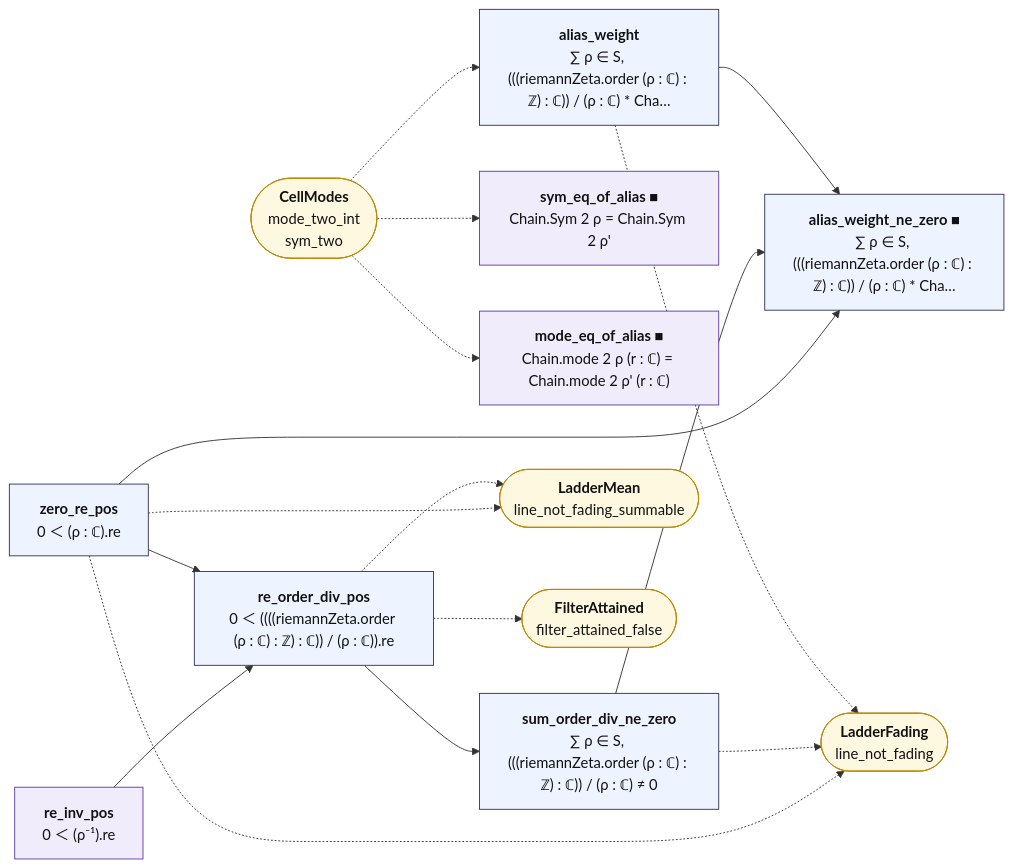
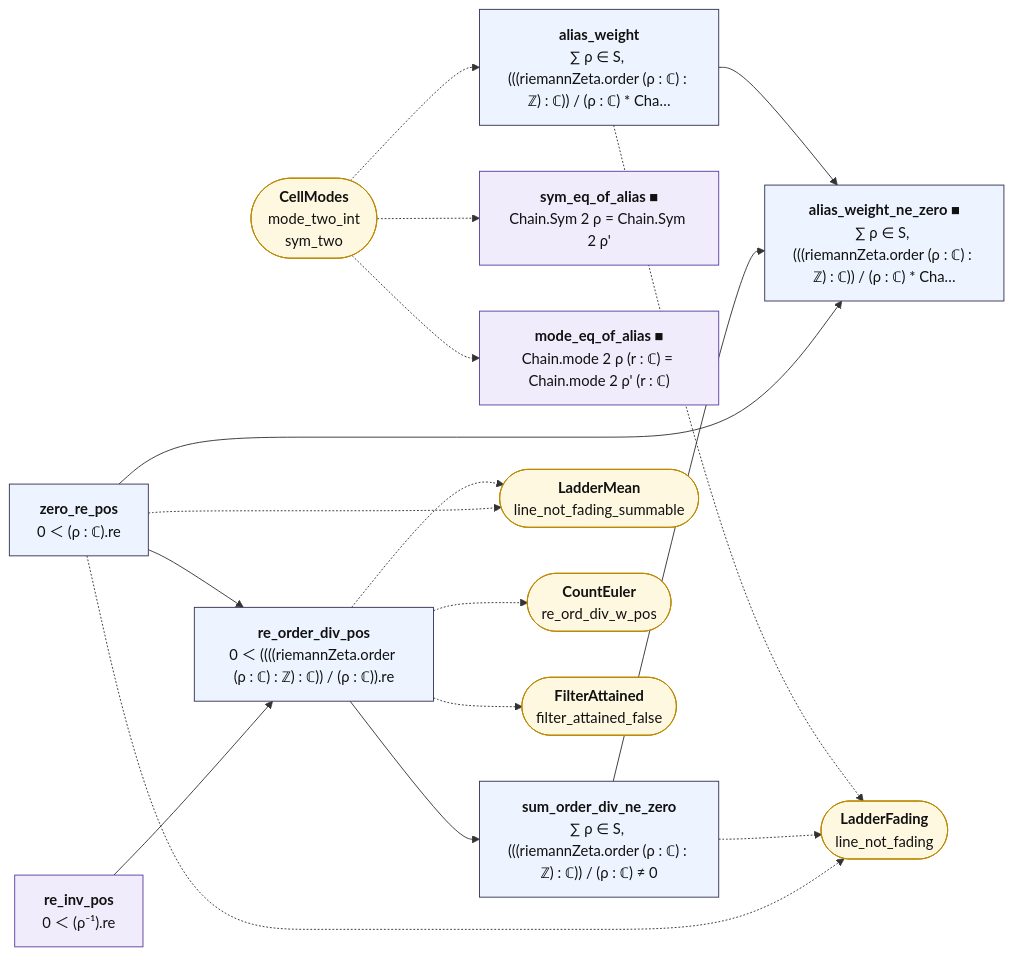
Before and after one commit to juliansambranojr/Primebeat_081426: the diagram in map/lean_stage3/AliasClass.mmd, drawn with Mermaid. The commit also changed 39 other files, not shown here.

First line of the commit message:
Block N3-E: on the count's ladder no mode lies strictly outside a disc holding the others (unit 0471)

```diff
--- a/map/lean_stage3/AliasClass.mmd
+++ b/map/lean_stage3/AliasClass.mmd
@@ -1,36 +1,38 @@
 flowchart LR
   n0["<b>re_inv_pos</b><br/>0 ＜ (ρ⁻¹).re"]:::shp
   n1["<b>zero_re_pos</b><br/>0 ＜ (ρ : ℂ).re"]:::thm
   n2["<b>re_order_div_pos</b><br/>0 ＜ ((((riemannZeta.order (ρ : ℂ) : ℤ) : ℂ)) / (ρ : ℂ)).re"]:::thm
   n3["<b>sum_order_div_ne_zero</b><br/>∑ ρ ∈ S, (((riemannZeta.order (ρ : ℂ) : ℤ) : ℂ)) / (ρ : ℂ) ≠ 0"]:::thm
   n4["<b>sym_eq_of_alias ■</b><br/>Chain.Sym 2 ρ = Chain.Sym 2 ρ'"]:::shp
   n5["<b>mode_eq_of_alias ■</b><br/>Chain.mode 2 ρ (r : ℂ) = Chain.mode 2 ρ' (r : ℂ)"]:::shp
   n6["<b>alias_weight</b><br/>∑ ρ ∈ S, (((riemannZeta.order (ρ : ℂ) : ℤ) : ℂ)) / (ρ : ℂ) * Cha…"]:::thm
   n7["<b>alias_weight_ne_zero ■</b><br/>∑ ρ ∈ S, (((riemannZeta.order (ρ : ℂ) : ℤ) : ℂ)) / (ρ : ℂ) * Cha…"]:::thm
   x0(["<b>LadderFading</b><br/>line_not_fading"]):::ext
   x1(["<b>LadderMean</b><br/>line_not_fading_summable"]):::ext
-  x2(["<b>FilterAttained</b><br/>filter_attained_false"]):::ext
-  x3(["<b>CellModes</b><br/>mode_two_int<br/>sym_two"]):::ext
+  x2(["<b>CountEuler</b><br/>re_ord_div_w_pos"]):::ext
+  x3(["<b>FilterAttained</b><br/>filter_attained_false"]):::ext
+  x4(["<b>CellModes</b><br/>mode_two_int<br/>sym_two"]):::ext
   n0 --> n2
   n1 --> n2
   n1 --> n7
   n2 --> n3
   n3 --> n7
   n6 --> n7
   n1 -.-> x0
   n1 -.-> x1
   n2 -.-> x1
   n2 -.-> x2
+  n2 -.-> x3
   n3 -.-> x0
   n6 -.-> x0
-  x3 -.-> n4
-  x3 -.-> n5
-  x3 -.-> n6
+  x4 -.-> n4
+  x4 -.-> n5
+  x4 -.-> n6
   classDef cnt fill:#dff5ec,stroke:#17694a,color:#111
   classDef shp fill:#f1ecfb,stroke:#5b3fa0,color:#111
   classDef rh fill:#ffe5e5,stroke:#c22,color:#111,stroke-width:2px
   classDef thm fill:#eef4ff,stroke:#335,color:#111
   classDef end_ fill:#e7f7e7,stroke:#2a7,color:#111,stroke-width:2px
   classDef lone fill:#fff,stroke:#999,color:#111,stroke-dasharray:4 3
   classDef bad fill:#ffe5e5,stroke:#c22,color:#111,stroke-width:2px
   classDef ext fill:#fff8e1,stroke:#b80,color:#111
```
